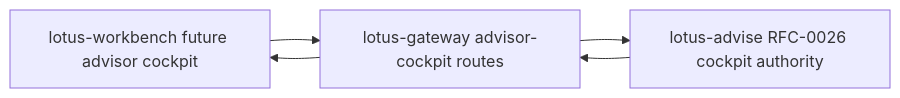
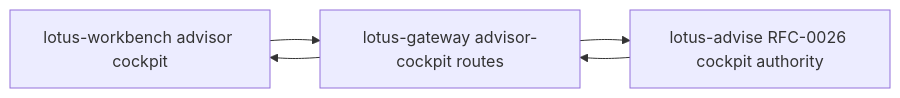
The third of 11 diagrams in wiki/Supported-Features.md (sgajbi/lotus-gateway), drawn with Mermaid before and after one commit. The commit also changed other lines of this file and 5 other files, not shown here.

Commit message:
docs: align cockpit gateway supportability truth

````diff
--- a/wiki/Supported-Features.md
+++ b/wiki/Supported-Features.md
@@ -161,7 +161,7 @@
 ```mermaid
 flowchart LR
-    Workbench[lotus-workbench future advisor cockpit] --> Gateway[lotus-gateway advisor-cockpit routes]
+    Workbench[lotus-workbench advisor cockpit] --> Gateway[lotus-gateway advisor-cockpit routes]
     Gateway --> Advise[lotus-advise RFC-0026 cockpit authority]
     Advise --> Gateway
     Gateway --> Workbench
 ```
````
